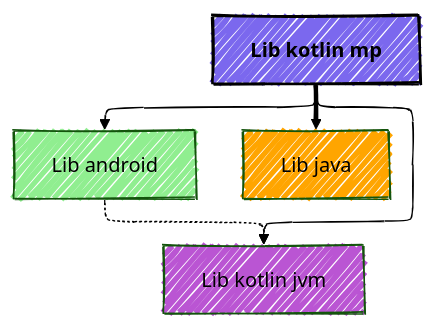
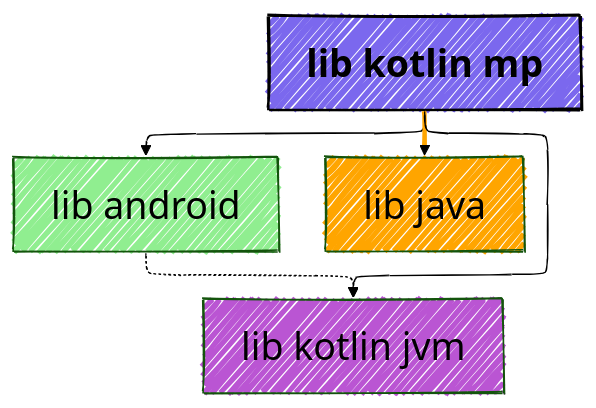
The diagram in samples/sample-mermaid/sample-lib-kotlin-mp/README.md (jonapoul/atlas), drawn with Mermaid before and after one commit. The commit also changed 137 other files, not shown here.

````diff
--- a/samples/sample-mermaid/sample-lib-kotlin-mp/README.md
+++ b/samples/sample-mermaid/sample-lib-kotlin-mp/README.md
@@ -5,27 +5,37 @@
 ```mermaid
 ---
 config:
   layout: elk
   look: handDrawn
   theme: forest
   elk:
     mergeEdges: true
     forceNodeModelOrder: true
     nodePlacementStrategy: LINEAR_SEGMENTS
     cycleBreakingStrategy: INTERACTIVE
     considerModelOrder: PREFER_EDGES
+  themeVariables:
+    background: #FFF
+    fontFamily: arial
+    lineColor: #55FF55
+    primaryBorderColor: #FF5555
+    primaryColor: #ABC123
+    darkMode: true
+    fontSize: 30px
+    defaultLinkColor: #5555FF
 ---
 graph TD
-  _sample_lib_android["Lib android"]
-  _sample_lib_java["Lib java"]
-  _sample_lib_kotlin_jvm["Lib kotlin jvm"]
-  _sample_lib_kotlin_mp["Lib kotlin mp"]
+  _sample_lib_android["lib android"]
+  _sample_lib_java["lib java"]
+  _sample_lib_kotlin_jvm["lib kotlin jvm"]
+  _sample_lib_kotlin_mp["lib kotlin mp"]
   style _sample_lib_android fill:lightgreen,color:black
   style _sample_lib_java fill:orange,color:black
   style _sample_lib_kotlin_jvm fill:mediumorchid,color:black
   style _sample_lib_kotlin_mp fill:mediumslateblue,color:black,font-weight:bold,stroke:black,stroke-width:2px
   _sample_lib_android -.-> _sample_lib_kotlin_jvm
   _sample_lib_kotlin_mp --> _sample_lib_android
   _sample_lib_kotlin_mp ==> _sample_lib_java
+  linkStyle 2 stroke:orange,fill:orange
   _sample_lib_kotlin_mp --> _sample_lib_kotlin_jvm
 ```
````
